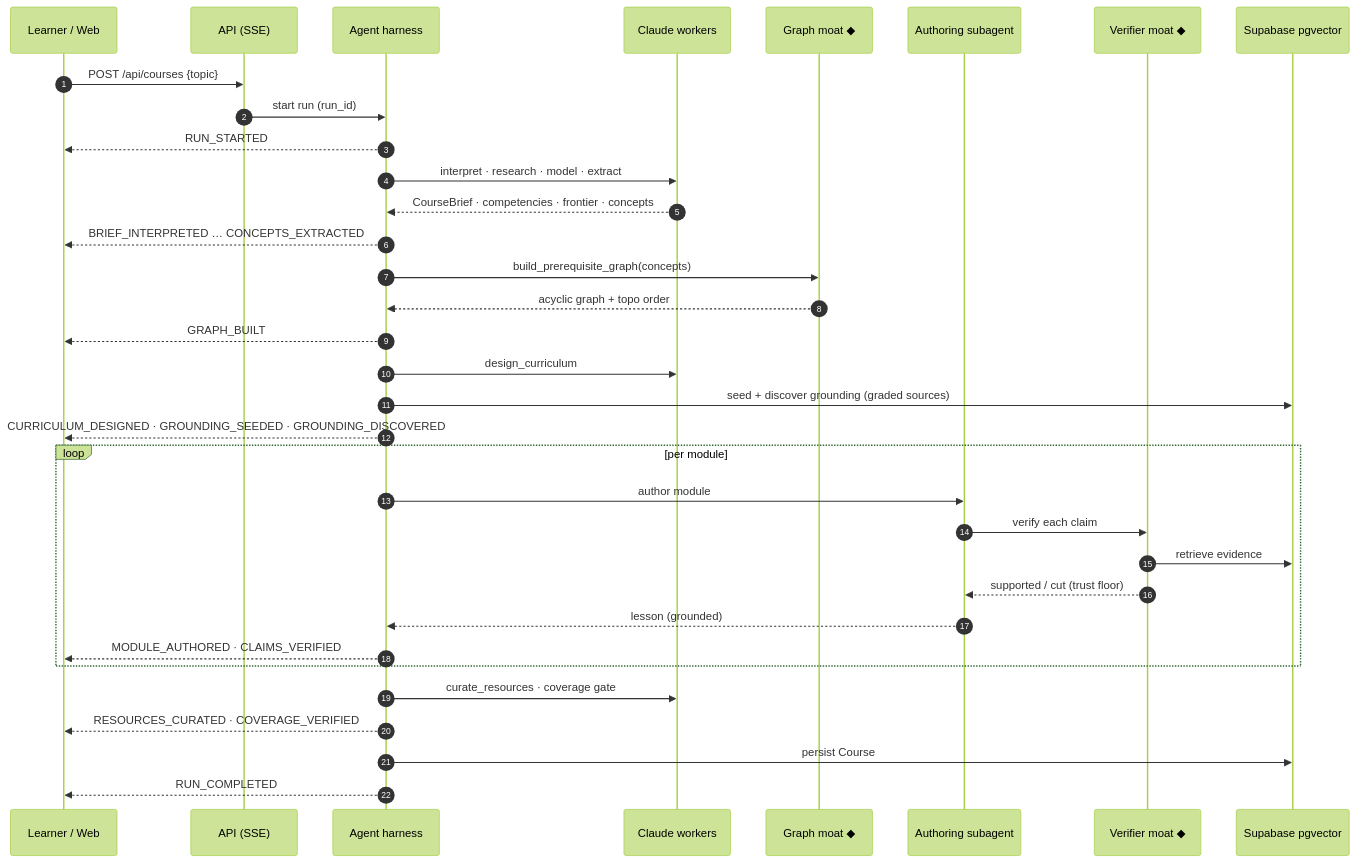
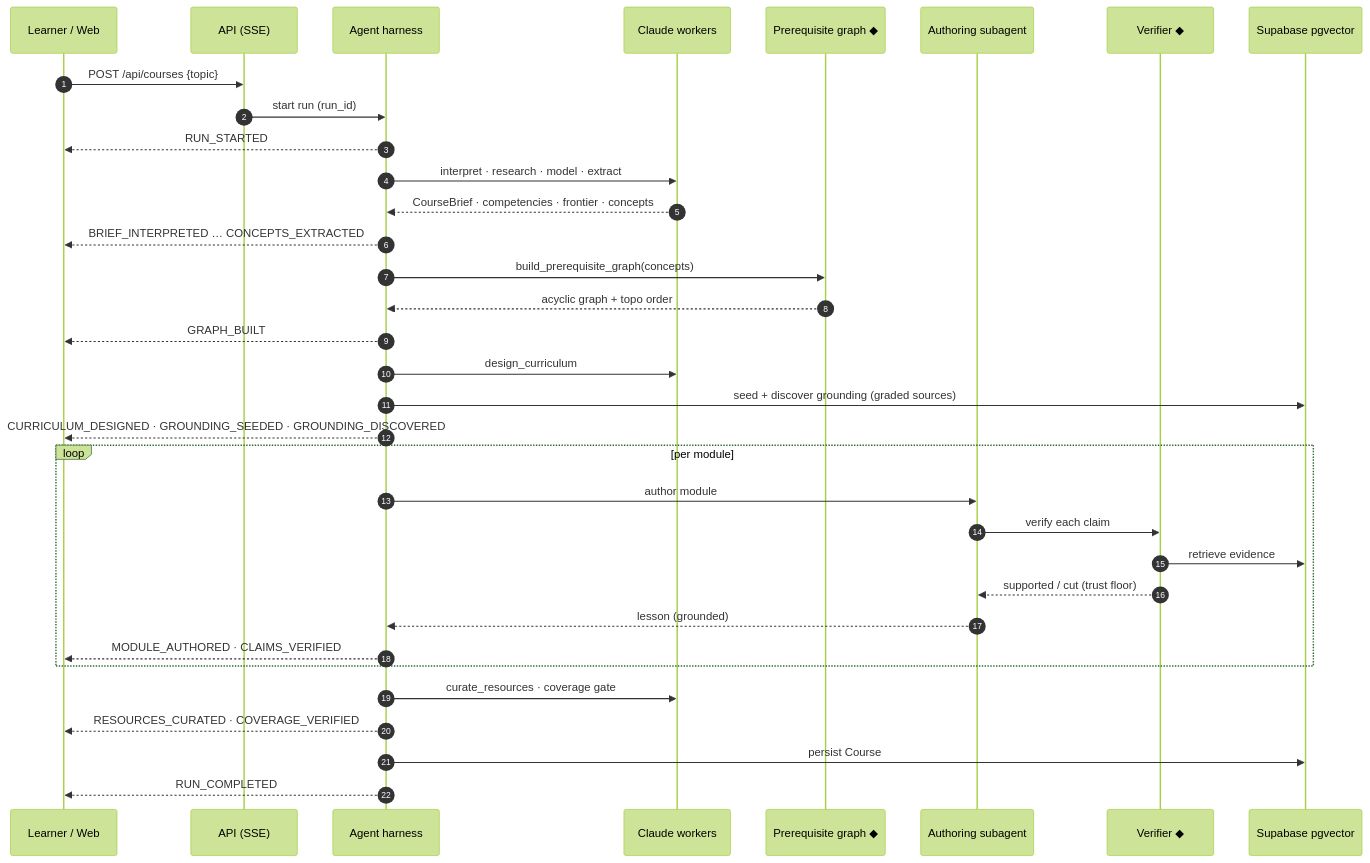
The second of 4 diagrams in documentation/architecture.md (PouyanJay/lunaris), drawn with Mermaid (forest theme) before and after one commit. The commit also changed other lines of this file and 10 other files, not shown here.

````diff
--- a/documentation/architecture.md
+++ b/documentation/architecture.md
@@ -75,42 +88,42 @@
 ```mermaid
 sequenceDiagram
     autonumber
     participant L as Learner / Web
     participant API as API (SSE)
     participant A as Agent harness
     participant W as Claude workers
-    participant G as Graph moat ◆
+    participant G as Prerequisite graph ◆
     participant S as Authoring subagent
-    participant V as Verifier moat ◆
+    participant V as Verifier ◆
     participant DB as Supabase pgvector
 
     L->>API: POST /api/courses {topic}
     API->>A: start run (run_id)
     A-->>L: RUN_STARTED
 
     A->>W: interpret · research · model · extract
     W-->>A: CourseBrief · competencies · frontier · concepts
     A-->>L: BRIEF_INTERPRETED … CONCEPTS_EXTRACTED
 
     A->>G: build_prerequisite_graph(concepts)
     G-->>A: acyclic graph + topo order
     A-->>L: GRAPH_BUILT
 
     A->>W: design_curriculum
     A->>DB: seed + discover grounding (graded sources)
     A-->>L: CURRICULUM_DESIGNED · GROUNDING_SEEDED · GROUNDING_DISCOVERED
 
     loop per module
         A->>S: author module
         S->>V: verify each claim
         V->>DB: retrieve evidence
         V-->>S: supported / cut (trust floor)
         S-->>A: lesson (grounded)
         A-->>L: MODULE_AUTHORED · CLAIMS_VERIFIED
     end
 
     A->>W: curate_resources · coverage gate
     A-->>L: RESOURCES_CURATED · COVERAGE_VERIFIED
     A->>DB: persist Course
     A-->>L: RUN_COMPLETED
 ```
````
